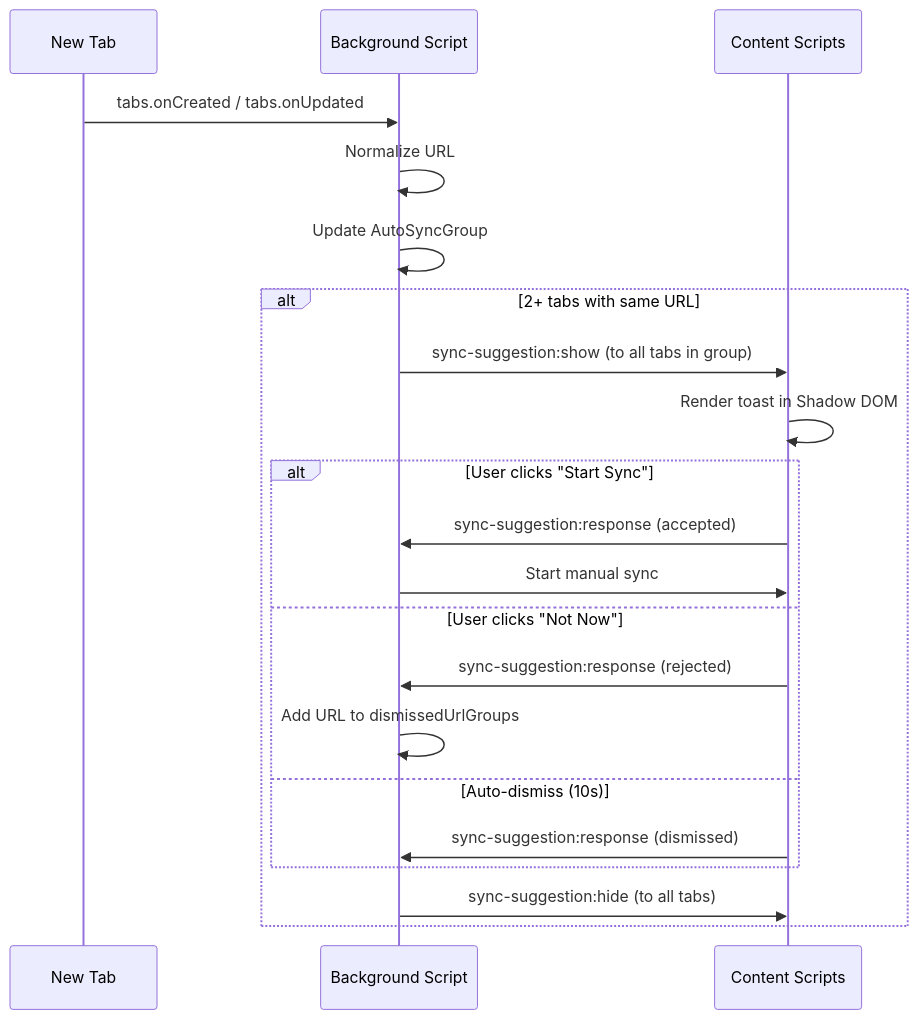
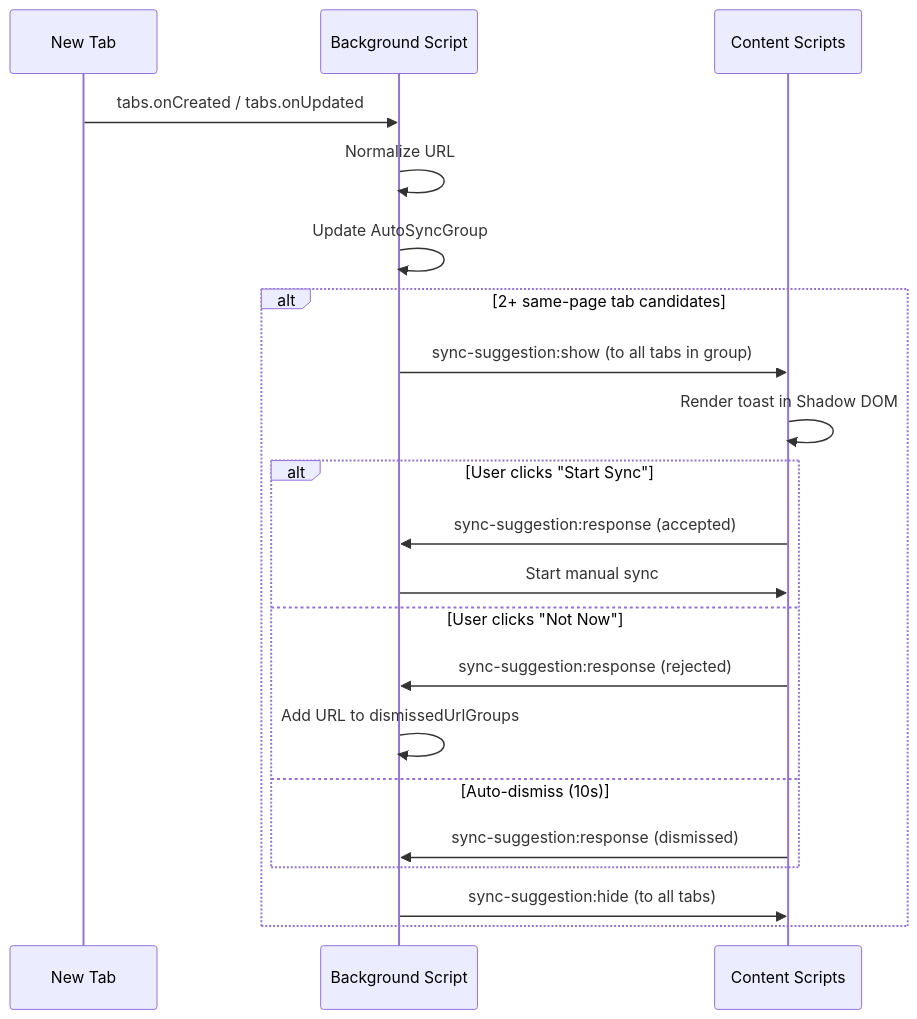
The fourth of 4 diagrams in CONTRIBUTING.md (jaem1n207/synchronize-tab-scrolling), drawn with Mermaid before and after one commit. The commit also changed other lines of this file and 1 other file, not shown here.

Commit message:
docs: refresh contributor URL sync guidance

````diff
--- a/CONTRIBUTING.md
+++ b/CONTRIBUTING.md
@@ -228,24 +228,24 @@
 ```mermaid
 sequenceDiagram
     participant Tab as New Tab
     participant BG as Background Script
     participant CS as Content Scripts
 
     Tab->>BG: tabs.onCreated / tabs.onUpdated
     BG->>BG: Normalize URL
     BG->>BG: Update AutoSyncGroup
-    alt 2+ tabs with same URL
+    alt 2+ same-page tab candidates
         BG->>CS: sync-suggestion:show (to all tabs in group)
         CS->>CS: Render toast in Shadow DOM
         alt User clicks "Start Sync"
             CS->>BG: sync-suggestion:response (accepted)
             BG->>CS: Start manual sync
         else User clicks "Not Now"
             CS->>BG: sync-suggestion:response (rejected)
             BG->>BG: Add URL to dismissedUrlGroups
         else Auto-dismiss (10s)
             CS->>BG: sync-suggestion:response (dismissed)
         end
         BG->>CS: sync-suggestion:hide (to all tabs)
     end
 ```
````
